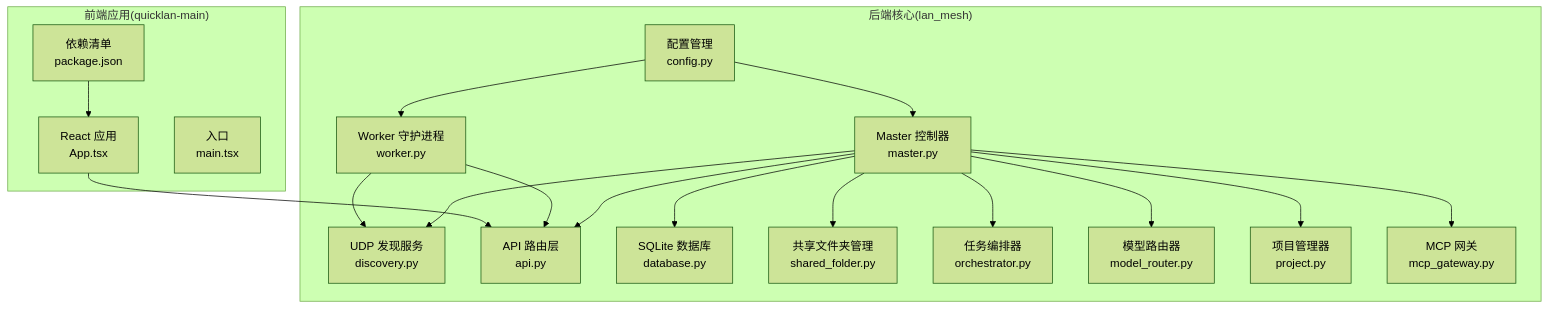
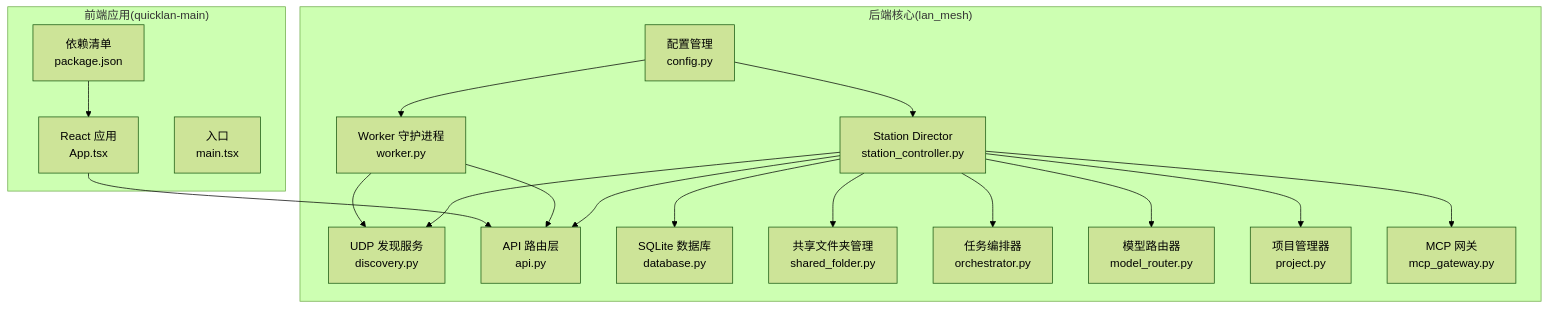
The first of 13 diagrams in .qoder/repowiki/zh/content/项目概述.md (targalian/Personal-distributed-workstation), drawn with Mermaid (forest theme) before and after one commit. The commit also changed other lines of this file and 63 other files, not shown here.

Commit message:
docs(station): 同步 repo wiki 至 station_controller/station_api 架构

````diff
--- a/.qoder/repowiki/zh/content/项目概述.md
+++ b/.qoder/repowiki/zh/content/项目概述.md
@@ -49,35 +49,35 @@
 ```mermaid
 graph TB
 subgraph "后端核心(lan_mesh)"
-M["Master 控制器<br/>master.py"]
+M["Station Director<br/>station_controller.py"]
 W["Worker 守护进程<br/>worker.py"]
 D["UDP 发现服务<br/>discovery.py"]
 A["API 路由层<br/>api.py"]
 DB["SQLite 数据库<br/>database.py"]
 SF["共享文件夹管理<br/>shared_folder.py"]
 ORCH["任务编排器<br/>orchestrator.py"]
 MR["模型路由器<br/>model_router.py"]
 PM["项目管理器<br/>project.py"]
 MCP["MCP 网关<br/>mcp_gateway.py"]
 CFG["配置管理<br/>config.py"]
 end
 subgraph "前端应用(quicklan-main)"
 APP["React 应用<br/>App.tsx"]
 MAIN["入口<br/>main.tsx"]
 PKG["依赖清单<br/>package.json"]
 end
 CFG --> M
 CFG --> W
 M --> D
 W --> D
 M --> A
 W --> A
 M --> DB
 M --> SF
 M --> ORCH
 M --> MR
 M --> PM
 M --> MCP
 APP --> A
 PKG --> APP
 ```
````
